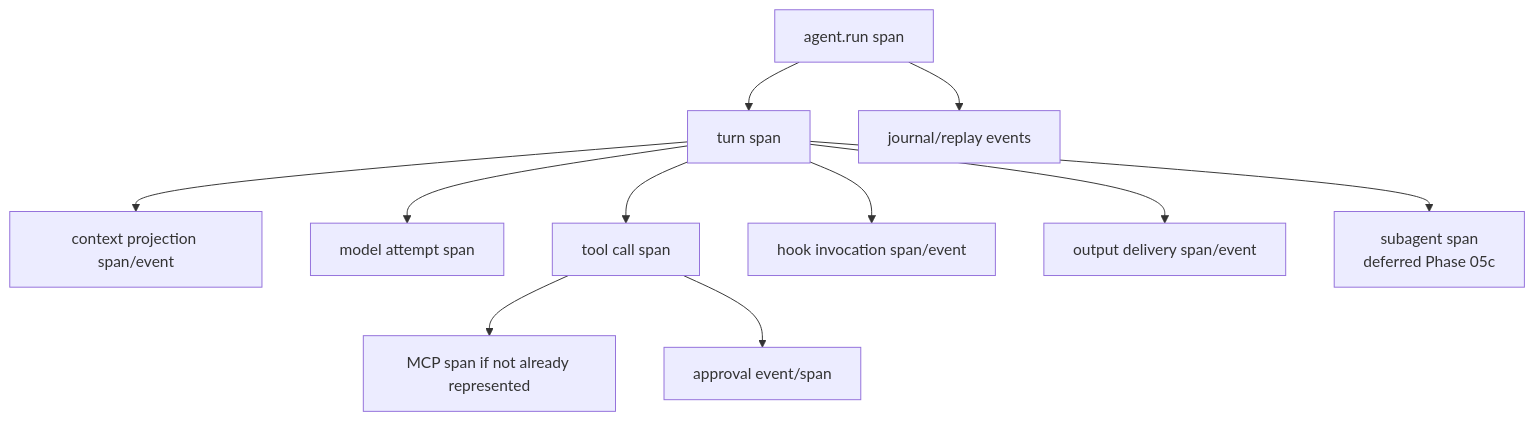
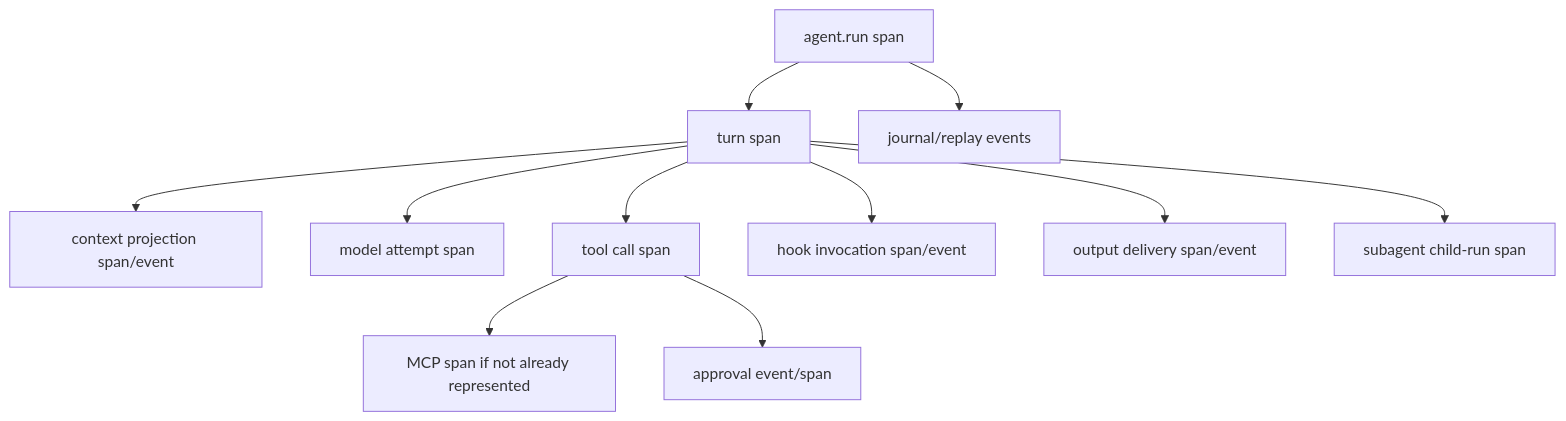
The diagram in docs/contracts/otel-mapping-contract.md (heyclawdia/clawdia_sdk), drawn with Mermaid before and after one commit. The commit also changed other lines of this file and 19 other files, not shown here.

````diff
--- a/docs/contracts/otel-mapping-contract.md
+++ b/docs/contracts/otel-mapping-contract.md
@@ -41,13 +41,13 @@
 ```mermaid
 flowchart TD
   A["agent.run span"] --> B["turn span"]
   B --> C["context projection span/event"]
   B --> D["model attempt span"]
   B --> E["tool call span"]
   E --> F["MCP span if not already represented"]
   E --> G["approval event/span"]
   B --> J["hook invocation span/event"]
   B --> K["output delivery span/event"]
-  B --> H["subagent span<br/>deferred Phase 05c"]
+  B --> H["subagent child-run span"]
   A --> I["journal/replay events"]
 ```
````
